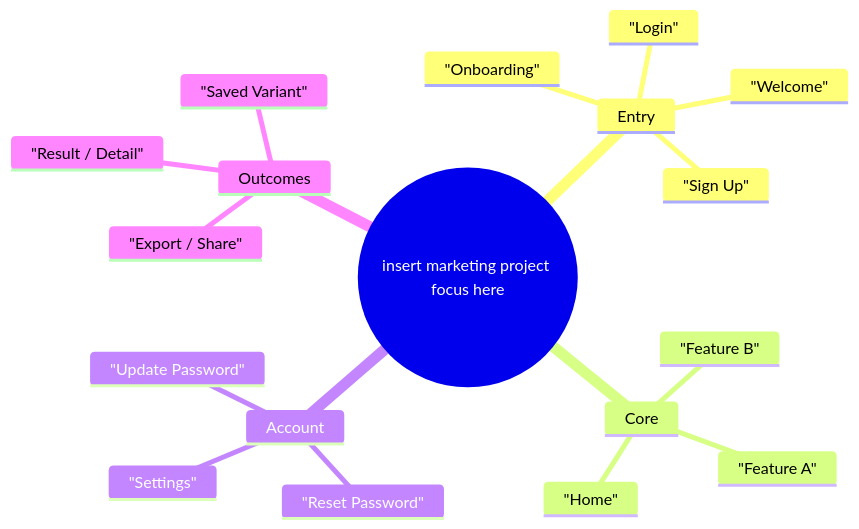
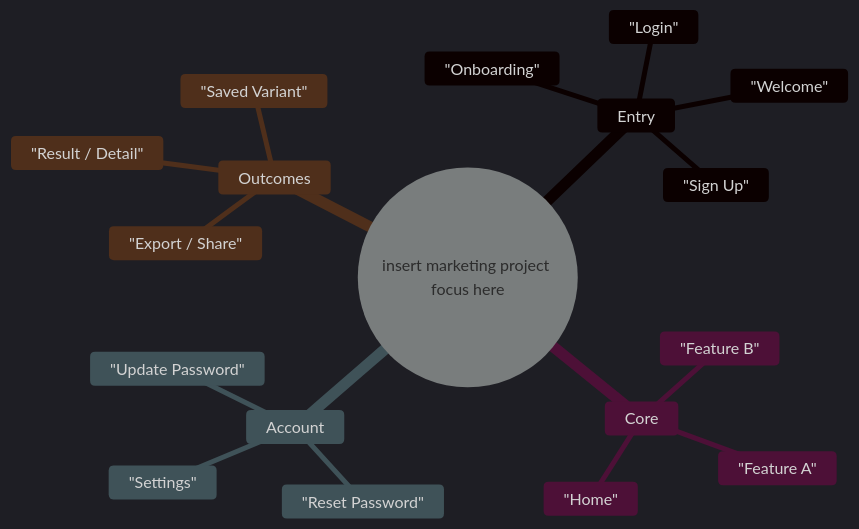
Before and after one commit to Levi-Breedlove/AI-Quad-Research-Prototype-Prod: the fourth of 6 diagrams in README.md, drawn with Mermaid.

````diff
--- a/README.md
+++ b/README.md
@@ -317,50 +317,26 @@
 ```mermaid
 %%{init:{
-  "theme":"base",
-  "logLevel":"fatal",
-  "themeVariables":{
-    "background":"transparent",
-    "textColor":"#ffffff",
-    "primaryTextColor":"#ffffff",
-    "tertiaryTextColor":"#ffffff",
-    "lineColor":"#6b7280"
-  },
-  "themeCSS":"
-    /* make every label truly white */
-    .mindmap-node text,
-    .mindmap-node tspan,
-    .nodeLabel,
-    .label,
-    .edgeLabel,
-    foreignObject,
-    foreignObject .nodeLabel,
-    foreignObject .label { fill:#ffffff !important; color:#ffffff !important; }
-
-    /* muted boxes + edges; no neon */
-    .mindmap-node rect,
-    .mindmap-node circle,
-    .mindmap-node polygon { fill:#111827 !important; stroke:#4b5563 !important; }
-    .mindmap-branch path,
-    .edgePath .path { stroke:#6b7280 !important; }
-  "
+  "theme":"dark",
+  "themeVariables": { "background":"transparent" }
 }}%%
 mindmap
   root(("insert marketing project focus here"))
     Entry
       "Welcome"
       "Login"
       "Sign Up"
       "Onboarding"
     Core
       "Home"
       "Feature A"
       "Feature B"
     Account
       "Settings"
       "Reset Password"
       "Update Password"
     Outcomes
       "Result / Detail"
       "Export / Share"
       "Saved Variant"
+
 ```
````
